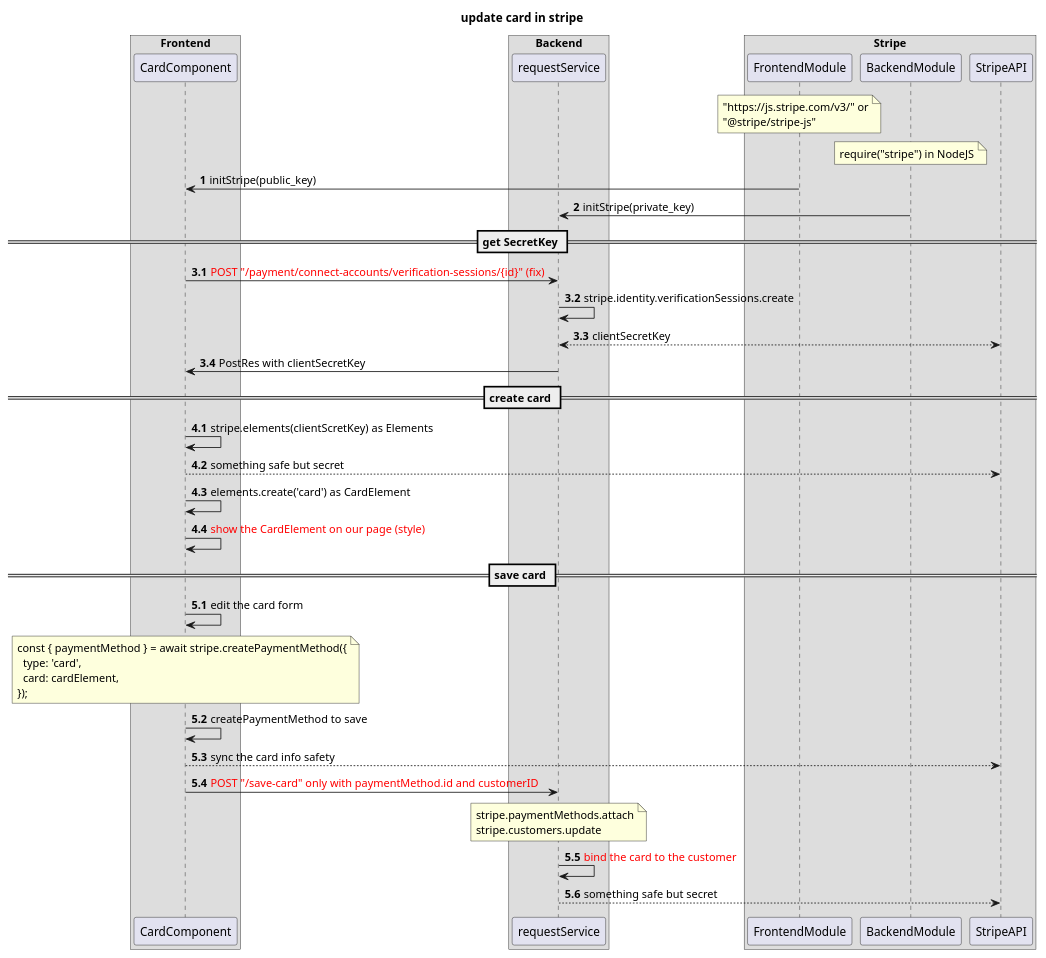
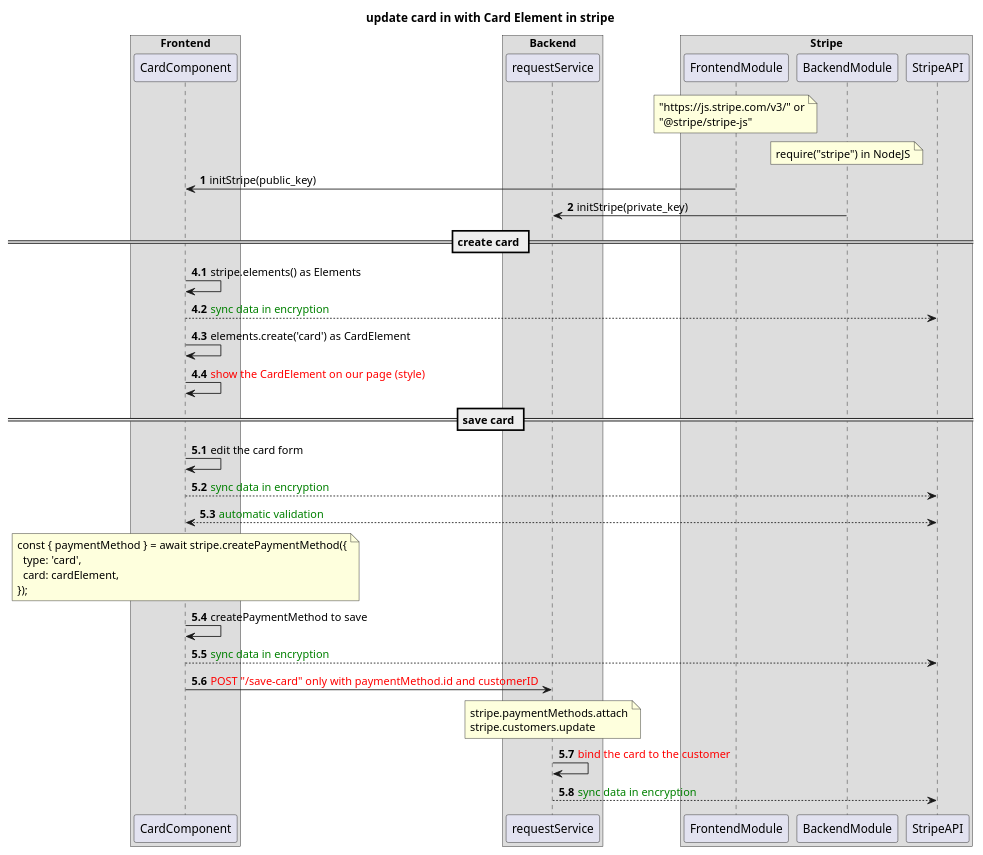
One commit to chase-si/umlDesigns changed the diagram in src/aladia/aladia-stripe-create-card.wsd. Above: the diagram before and after it, drawn with PlantUML. The commit also changed 3 other files, not shown here.

Commit message:
[feat]update stripe create card and transcation API details

```diff
--- a/src/aladia/aladia-stripe-create-card.wsd
+++ b/src/aladia/aladia-stripe-create-card.wsd
@@ -1,62 +1,64 @@
 @startuml
-title "update card in stripe"
+title "update card in with Card Element in stripe"
 
 box "Frontend"
 participant CardComponent
 end box
 
 box "Backend"
 participant requestService
 end box
 
 box Stripe
 participant FrontendModule
 participant BackendModule
 participant StripeAPI
 end box
 
 note over FrontendModule
 "https://js.stripe.com/v3/" or
 "@stripe/stripe-js"
 end note
 note over BackendModule
 require("stripe") in NodeJS
 end note
 
 autonumber
 CardComponent <- FrontendModule : initStripe(public_key)
 requestService <- BackendModule : initStripe(private_key)
 
-== get SecretKey ==
-autonumber 3.1
-CardComponent -> requestService : <color red>POST "/payment/connect-accounts/verification-sessions/{id}" (fix)</color>
-requestService -> requestService : stripe.identity.verificationSessions.create
-requestService <--> StripeAPI : clientSecretKey
-CardComponent <- requestService : PostRes with clientSecretKey
+' == get SecretKey ==
+' autonumber 3.1
+' CardComponent -> requestService : <color red>POST "/payment/connect-accounts/verification-sessions/{id}" (fix)</color>
+' requestService -> requestService : stripe.identity.verificationSessions.create
+' requestService <--> StripeAPI : clientSecretKey
+' CardComponent <- requestService : PostRes with clientSecretKey
 
 == create card ==
 autonumber 4.1
-CardComponent -> CardComponent : stripe.elements(clientScretKey) as Elements
-CardComponent --> StripeAPI : something safe but secret
+CardComponent -> CardComponent : stripe.elements() as Elements
+CardComponent --> StripeAPI : <color green>sync data in encryption</color>
 CardComponent -> CardComponent : elements.create('card') as CardElement
 CardComponent -> CardComponent : <color red>show the CardElement on our page (style)</color>
 
 == save card ==
 autonumber 5.1
 CardComponent -> CardComponent : edit the card form
+CardComponent --> StripeAPI : <color green>sync data in encryption</color>
+CardComponent <--> StripeAPI : <color green>automatic validation</color>
 note over CardComponent
 const { paymentMethod } = await stripe.createPaymentMethod({
   type: 'card',
   card: cardElement,
 });
 end note
 CardComponent -> CardComponent : createPaymentMethod to save
-CardComponent --> StripeAPI : sync the card info safety
+CardComponent --> StripeAPI : <color green>sync data in encryption</color>
 CardComponent -> requestService : <color red>POST "/save-card" only with paymentMethod.id and customerID</color>
 note over requestService
 stripe.paymentMethods.attach
 stripe.customers.update
 end note
 requestService -> requestService : <color red>bind the card to the customer</color>
-requestService --> StripeAPI : something safe but secret
+requestService --> StripeAPI : <color green>sync data in encryption</color>
 @enduml
```
